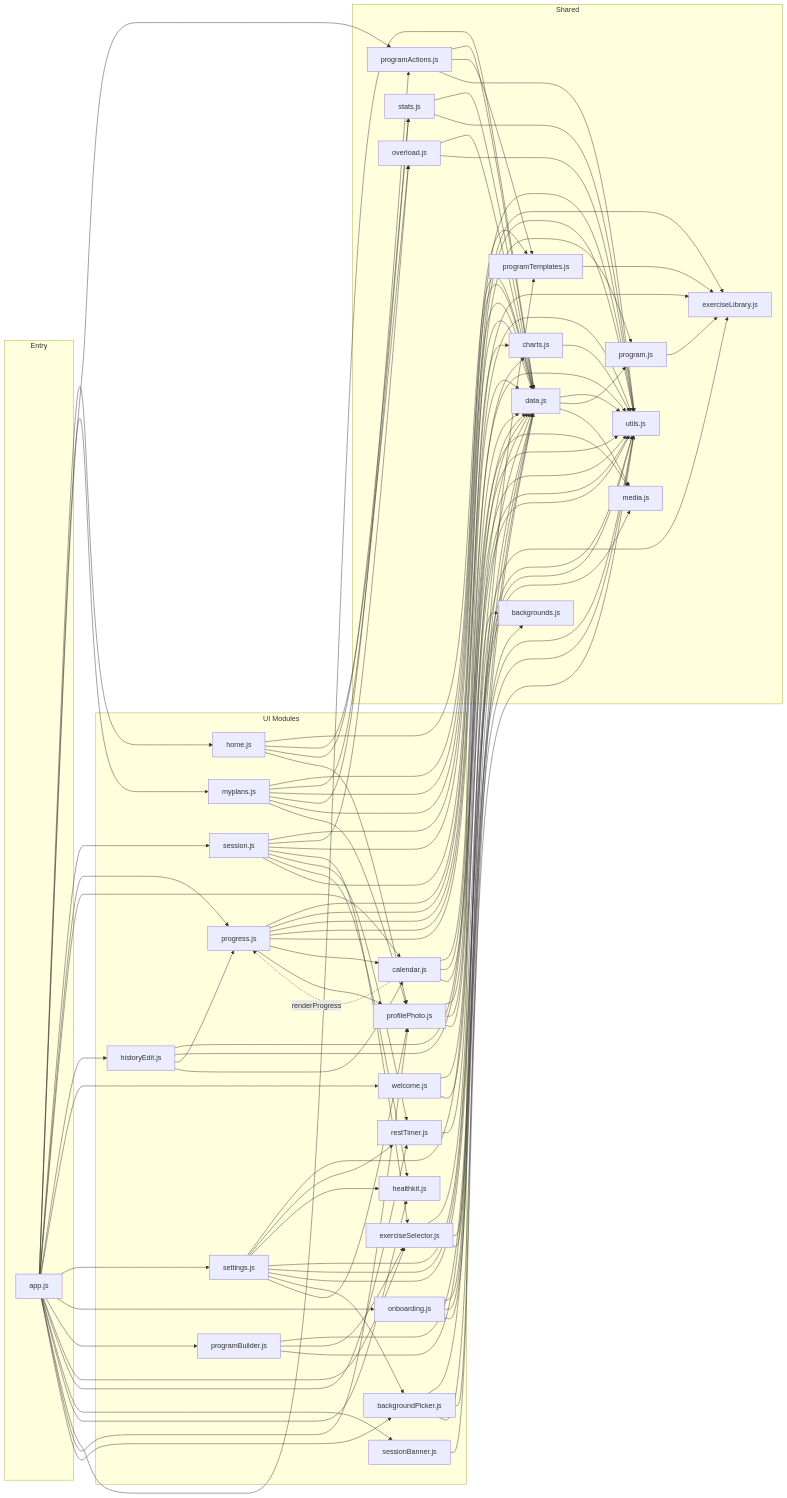
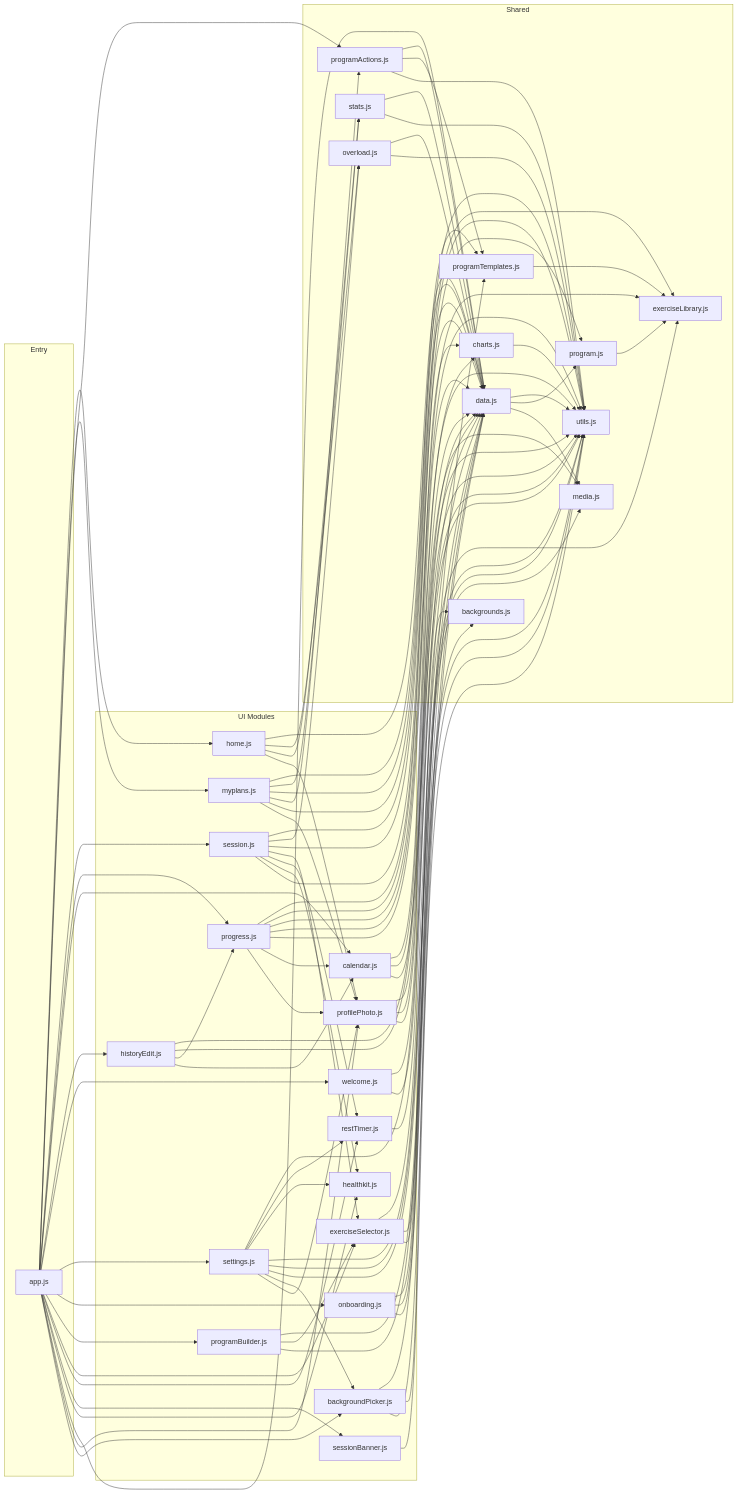
Before and after one commit to reidrussell-alt/plate-log: the second of 8 diagrams in ARCHITECTURE.md, drawn with Mermaid. The commit also changed other lines of this file and 3 other files, not shown here.

```diff
--- a/ARCHITECTURE.md
+++ b/ARCHITECTURE.md
@@ -177,7 +177,6 @@
     calendar.js --> data.js
     calendar.js --> utils.js
     calendar.js --> charts.js
-    calendar.js -.->|renderProgress| progress.js
 
     historyEdit.js --> data.js
     historyEdit.js --> utils.js
```
